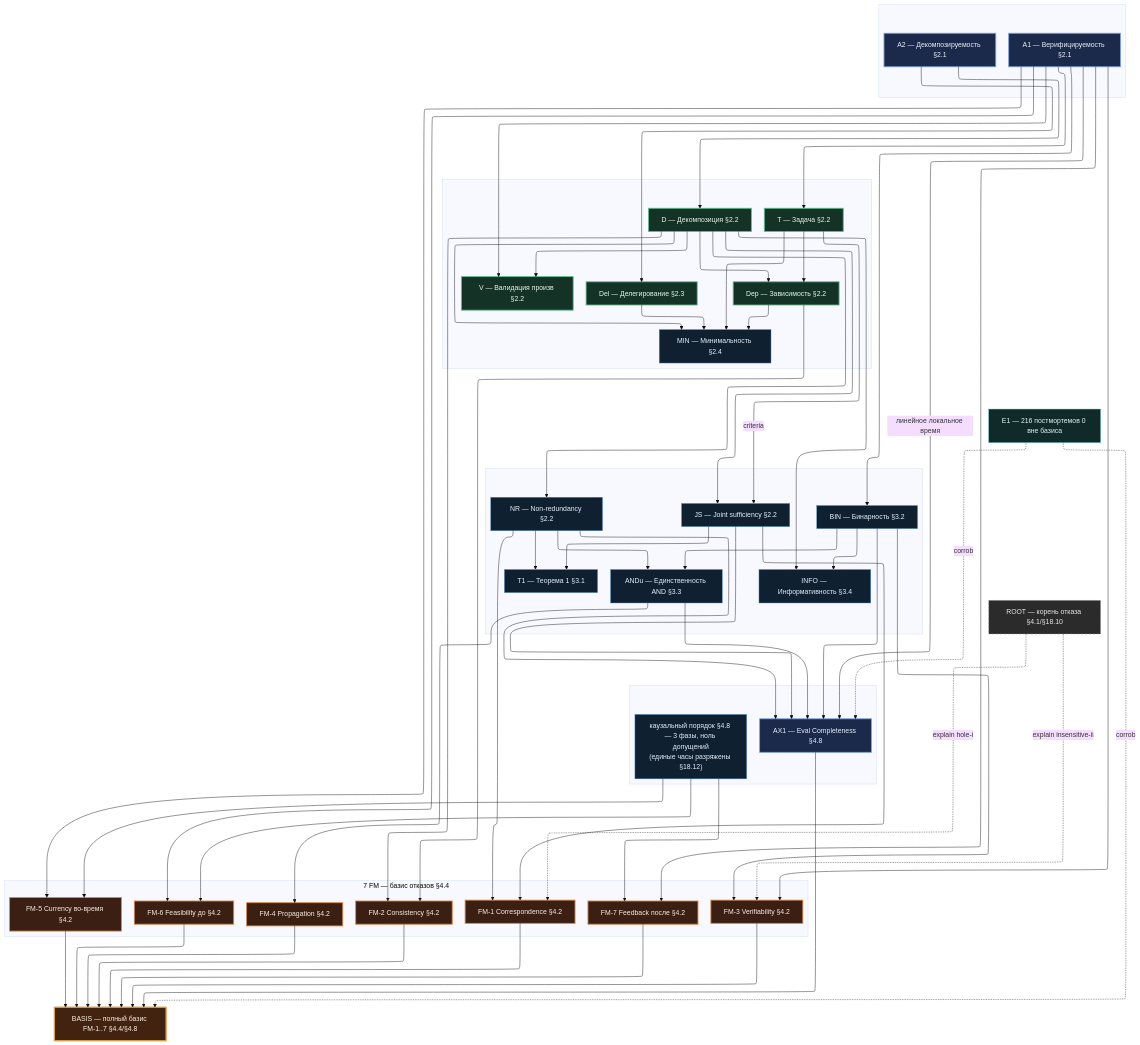
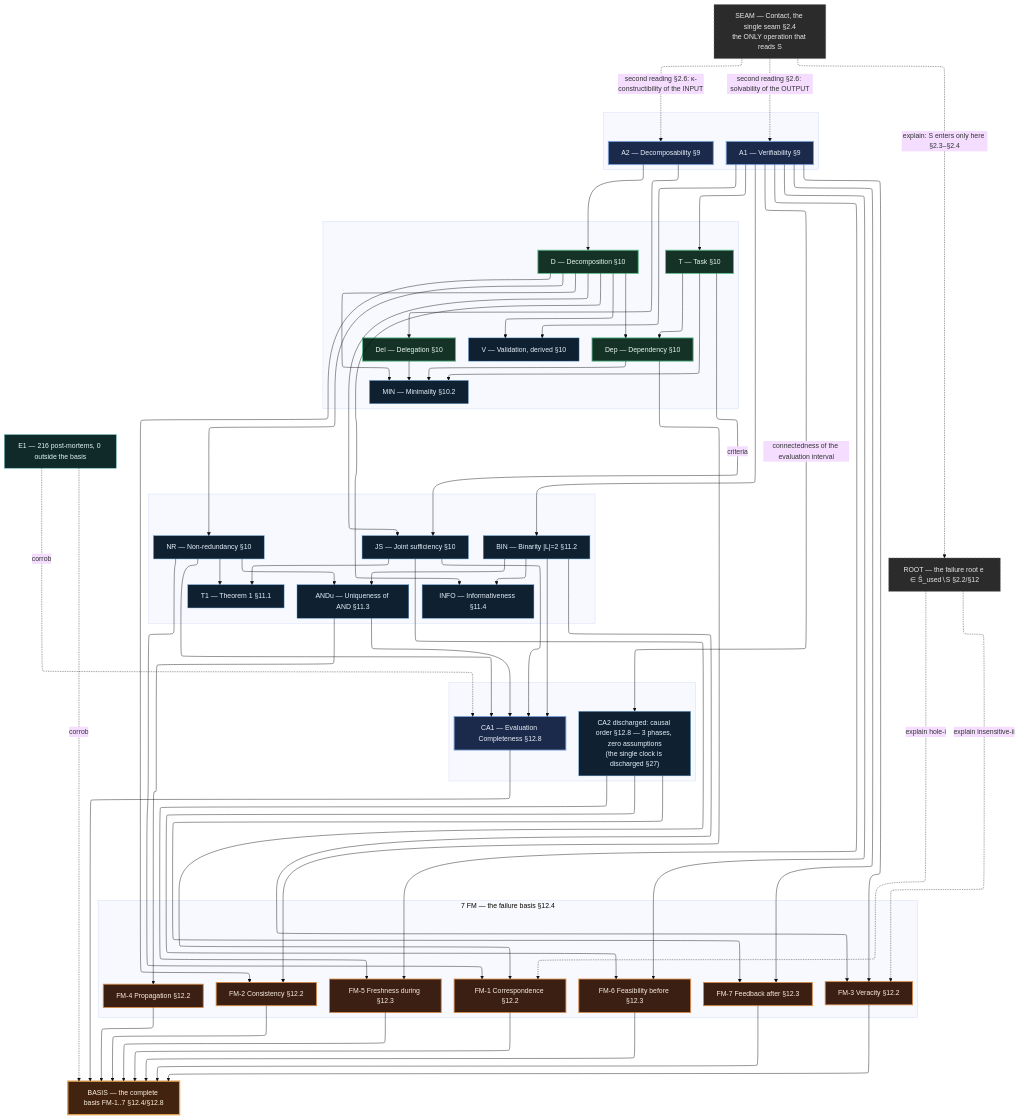
The first of 5 diagrams in docs/gfso_dependency_map.md (Kirill-Shokhin/GFSO), drawn with Mermaid (base theme) before and after one commit. The commit also changed other lines of this file and 39 other files, not shown here.

````diff
--- a/docs/gfso_dependency_map.md
+++ b/docs/gfso_dependency_map.md
@@ -45,69 +53,73 @@
   classDef derived fill:#0f2030,stroke:#5b9bd5,color:#e6f0fa;
   classDef fm fill:#3a1f12,stroke:#d98a4a,color:#fbeee2,stroke-width:2px;
   classDef basis fill:#42230f,stroke:#e0a050,color:#fdf1e2,stroke-width:3px;
-  classDef overlay fill:#2b2b2b,stroke:#8a8a8a,color:#e8e8e8,stroke-dasharray:5 4;
+  classDef ground fill:#2b2b2b,stroke:#8a8a8a,color:#e8e8e8,stroke-dasharray:5 4;
   classDef emp fill:#102a2a,stroke:#4fb0b0,color:#e3f5f5;
 
   subgraph SAX[" "]
     direction TB
-    A1["A1 — Верифицируемость §2.1"]
-    A2["A2 — Декомпозируемость §2.1"]
+    A1["A1 — Verifiability §9"]
+    A2["A2 — Decomposability §9"]
   end
   class A1,A2 axiom
 
   subgraph SPR[" "]
     direction TB
-    T["T — Задача §2.2"]
-    D["D — Декомпозиция §2.2"]
-    Del["Del — Делегирование §2.3"]
-    Dep["Dep — Зависимость §2.2"]
-    V["V — Валидация произв §2.2"]
-    MIN["MIN — Минимальность §2.4"]
+    T["T — Task §10"]
+    D["D — Decomposition §10"]
+    Del["Del — Delegation §10"]
+    Dep["Dep — Dependency §10"]
+    V["V — Validation, derived §10"]
+    MIN["MIN — Minimality §10.2"]
   end
-  class T,D,Del,Dep,V prim
+  class T,D,Del,Dep prim
+  class V derived
   class MIN derived
 
   subgraph SCM[" "]
     direction TB
-    JS["JS — Joint sufficiency §2.2"]
-    NR["NR — Non-redundancy §2.2"]
-    BIN["BIN — Бинарность §3.2"]
-    ANDu["ANDu — Единственность AND §3.3"]
-    T1["T1 — Теорема 1 §3.1"]
-    INFO["INFO — Информативность §3.4"]
+    JS["JS — Joint sufficiency §10"]
+    NR["NR — Non-redundancy §10"]
+    BIN["BIN — Binarity |L|=2 §11.2"]
+    ANDu["ANDu — Uniqueness of AND §11.3"]
+    T1["T1 — Theorem 1 §11.1"]
+    INFO["INFO — Informativeness §11.4"]
   end
   class JS,NR,BIN,ANDu,T1,INFO derived
 
   subgraph SAXC[" "]
     direction TB
-    AX1["AX1 — Eval Completeness §4.8"]
-    AX2["каузальный порядок §4.8 — 3 фазы, ноль допущений<br/>(единые часы разряжены §18.12)"]
+    AX1["CA1 — Evaluation Completeness §12.8"]
+    AX2["CA2 discharged: causal order §12.8 — 3 phases, zero assumptions<br/>(the single clock is discharged §27)"]
   end
   class AX1 axiom
   class AX2 derived
 
-  subgraph SFM["7 FM — базис отказов §4.4"]
+  subgraph SFM["7 FM — the failure basis §12.4"]
     direction TB
-    FM1["FM-1 Correspondence §4.2"]
-    FM2["FM-2 Consistency §4.2"]
-    FM3["FM-3 Verifiability §4.2"]
-    FM4["FM-4 Propagation §4.2"]
-    FM6["FM-6 Feasibility до §4.2"]
-    FM5["FM-5 Currency во-время §4.2"]
-    FM7["FM-7 Feedback после §4.2"]
+    FM1["FM-1 Correspondence §12.2"]
+    FM2["FM-2 Consistency §12.2"]
+    FM3["FM-3 Veracity §12.2"]
+    FM4["FM-4 Propagation §12.2"]
+    FM6["FM-6 Feasibility before §12.3"]
+    FM5["FM-5 Freshness during §12.3"]
+    FM7["FM-7 Feedback after §12.3"]
   end
   class FM1,FM2,FM3,FM4,FM5,FM6,FM7 fm
 
-  BASIS["BASIS — полный базис FM-1..7 §4.4/§4.8"]
+  BASIS["BASIS — the complete basis FM-1..7 §12.4/§12.8"]
   class BASIS basis
 
-  ROOT["ROOT — корень отказа §4.1/§18.10"]
-  class ROOT overlay
+  ROOT["ROOT — the failure root e ∈ Ŝ_used∖S §2.2/§12"]
+  class ROOT ground
 
-  E1["E1 — 216 постмортемов 0 вне базиса"]
+  SEAM["SEAM — Contact, the single seam §2.4<br/>the ONLY operation that reads S"]
+  class SEAM ground
+
+  E1["E1 — 216 post-mortems, 0 outside the basis"]
   class E1 emp
 
-  %% аксиомы → примитивы
+  %% axioms → primitives
   A1 --> T
   A1 --> V
   A2 --> D
@@ -120,7 +132,7 @@
   Dep --> MIN
   Del --> MIN
 
-  %% примитивы → корректность/композиция
+  %% primitives → correctness/composition
   T -->|criteria| JS
   D --> JS
   D --> NR
@@ -132,14 +144,14 @@
   BIN --> INFO
   D --> INFO
 
-  %% грунтование покрывающей аксиомы
+  %% grounding the covering axiom
   JS --> AX1
   NR --> AX1
   BIN --> AX1
   ANDu --> AX1
-  A1 -->|линейное локальное время| AX1
+  A1 -->|connectedness of the evaluation interval| AX2
 
-  %% вывод каждого FM
+  %% each FM derived
   JS --> FM1
   NR --> FM1
   Dep --> FM2
@@ -154,7 +166,7 @@
   AX2 --> FM6
   AX2 --> FM7
 
-  %% 7 FM = доказанный базис
+  %% the 7 FM = a proved basis
   AX1 --> BASIS
   FM1 --> BASIS
   FM2 --> BASIS
@@ -164,11 +176,16 @@
   FM6 --> BASIS
   FM7 --> BASIS
 
-  %% E1 корроборирует
+  %% E1 corroborates
   E1 -.->|corrob| AX1
   E1 -.->|corrob| BASIS
 
-  %% корень отказа объясняет FM-1/FM-3
+  %% the seam: where S enters at all, and the second reading of the axioms
+  SEAM -.->|explain: S enters only here §2.3–§2.4| ROOT
+  SEAM -.->|second reading §2.6: solvability of the OUTPUT| A1
+  SEAM -.->|second reading §2.6: κ-constructibility of the INPUT| A2
+
+  %% the failure root explains FM-1/FM-3
   ROOT -.->|explain hole-i| FM1
   ROOT -.->|explain insensitive-ii| FM3
 ```
````
